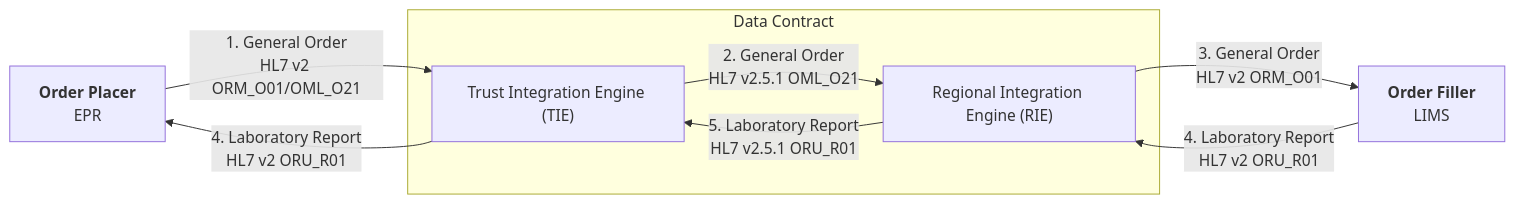
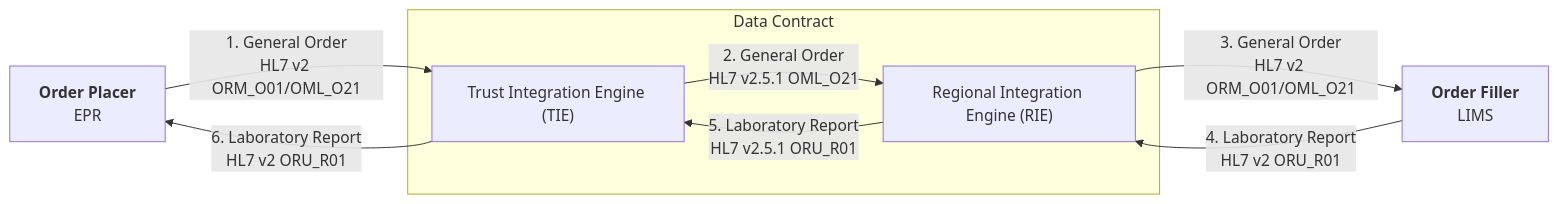
The fifth of 6 diagrams in input/pagecontent/index.md (uk-gov-mirror/nw-gmsa.nw-gmsa.github.com), drawn with Mermaid before and after one commit.

Commit message:
starlims

````diff
--- a/input/pagecontent/index.md
+++ b/input/pagecontent/index.md
@@ -129,14 +129,14 @@
 ```mermaid
 graph LR
     OrderPlacer[<b>Order Placer</b><br/>EPR] --> |1. General Order<br/>HL7 v2 ORM_O01/OML_O21| TIE
     subgraph DataContract[Data Contract]
         TIE["Trust Integration Engine (TIE)"]
         RIE["Regional Integration Engine (RIE)"]
     end 
     TIE --> |2. General Order<br/>HL7 v2.5.1 OML_O21| RIE
-    RIE --> |3. General Order<br/>HL7 v2 ORM_O01| OrderFiller
+    RIE --> |3. General Order<br/>HL7 v2 ORM_O01/OML_O21| OrderFiller
     
     OrderFiller[<b>Order Filler</b><br/>LIMS] --> |4. Laboratory Report<br/>HL7 v2 ORU_R01| RIE
     RIE --> |5. Laboratory Report<br/>HL7 v2.5.1 ORU_R01| TIE 
-    TIE --> |4. Laboratory Report<br/>HL7 v2 ORU_R01| OrderPlacer  
+    TIE --> |6. Laboratory Report<br/>HL7 v2 ORU_R01| OrderPlacer  
 ```
````
